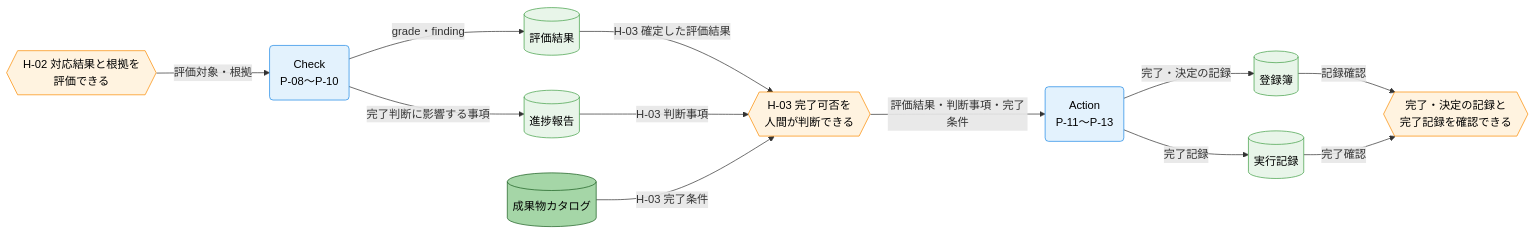
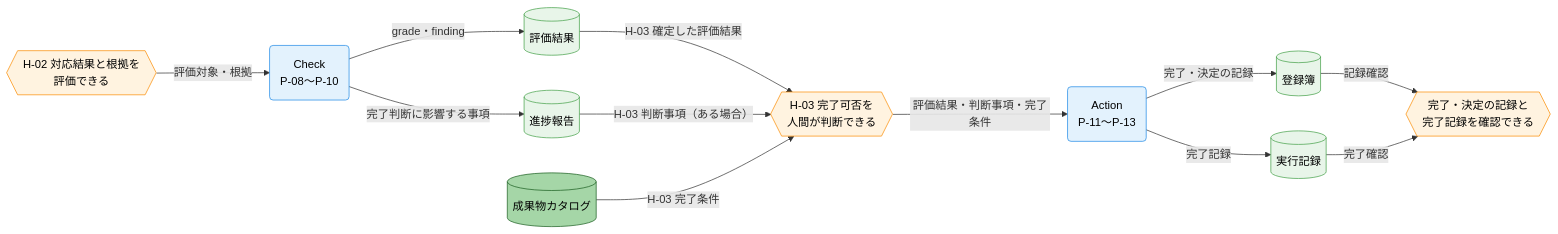
The second of 2 diagrams in docs/ja/product/010-business-specs/010-data-flow/cdfd-uc-register.md (specdojo/specdojo), drawn with Mermaid before and after one commit. The commit also changed other lines of this file and 4 other files, not shown here.

Commit message:
exec(T-DATA-FLOW-PDCA-cdfd-uc-register-075): apply task changes

````diff
--- a/docs/ja/product/010-business-specs/010-data-flow/cdfd-uc-register.md
+++ b/docs/ja/product/010-business-specs/010-data-flow/cdfd-uc-register.md
@@ -154,35 +157,35 @@
 ```mermaid
 flowchart LR
   classDef process fill:#e3f2fd,stroke:#1e88e5,color:#000
   classDef event fill:#fff3e0,stroke:#fb8c00,color:#000
   classDef storeMaster fill:#a5d6a7,stroke:#1b5e20,color:#000
   classDef storeTransaction fill:#e8f5e9,stroke:#43a047,color:#000
 
   H02{{"H-02 対応結果と根拠を<br>評価できる"}}
   Check("Check<br>P-08〜P-10")
   H03{{"H-03 完了可否を<br>人間が判断できる"}}
   Action("Action<br>P-11〜P-13")
   Finish{{"完了・決定の記録と<br>完了記録を確認できる"}}
   Catalog[("成果物カタログ")]
   Register[("登録簿")]
   ExecLog[("実行記録")]
   Evaluation[("評価結果")]
   Progress[("進捗報告")]
 
   H02 -->|"評価対象・根拠"| Check
   Check -->|"grade・finding"| Evaluation
   Check -->|"完了判断に影響する事項"| Progress
   Evaluation -->|"H-03 確定した評価結果"| H03
-  Progress -->|"H-03 判断事項"| H03
+  Progress -->|"H-03 判断事項（ある場合）"| H03
   Catalog -->|"H-03 完了条件"| H03
   H03 -->|"評価結果・判断事項・完了条件"| Action
   Action -->|"完了・決定の記録"| Register
   Action -->|"完了記録"| ExecLog
   Register -->|"記録確認"| Finish
   ExecLog -->|"完了確認"| Finish
 
   class Check,Action process
   class H02,H03,Finish event
   class Catalog storeMaster
   class Register,ExecLog,Evaluation,Progress storeTransaction
 ```
````
